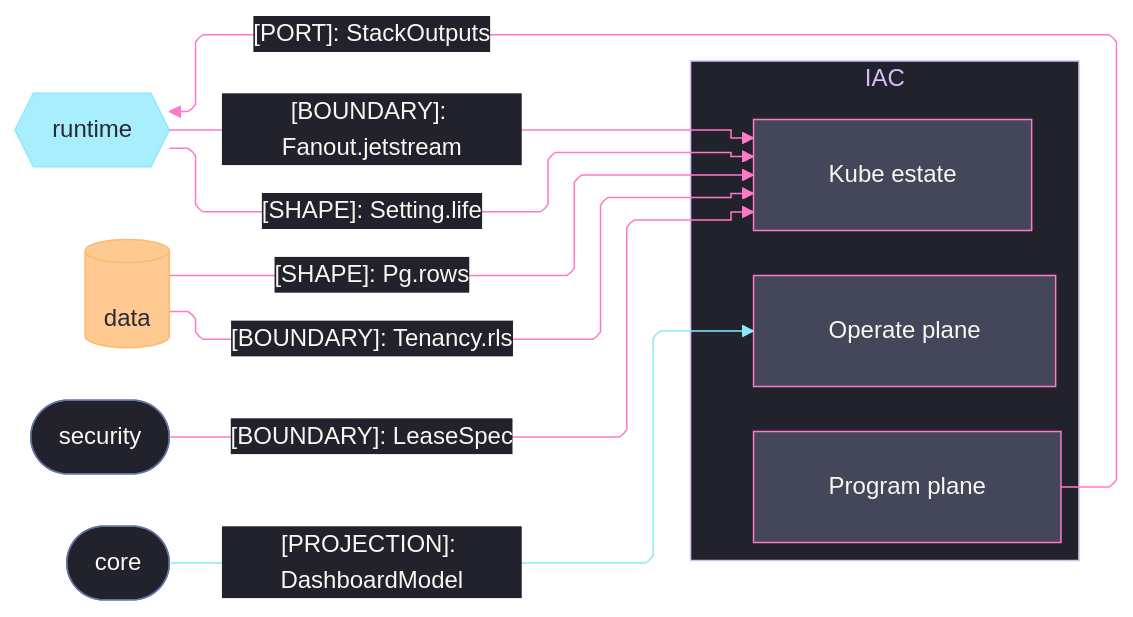
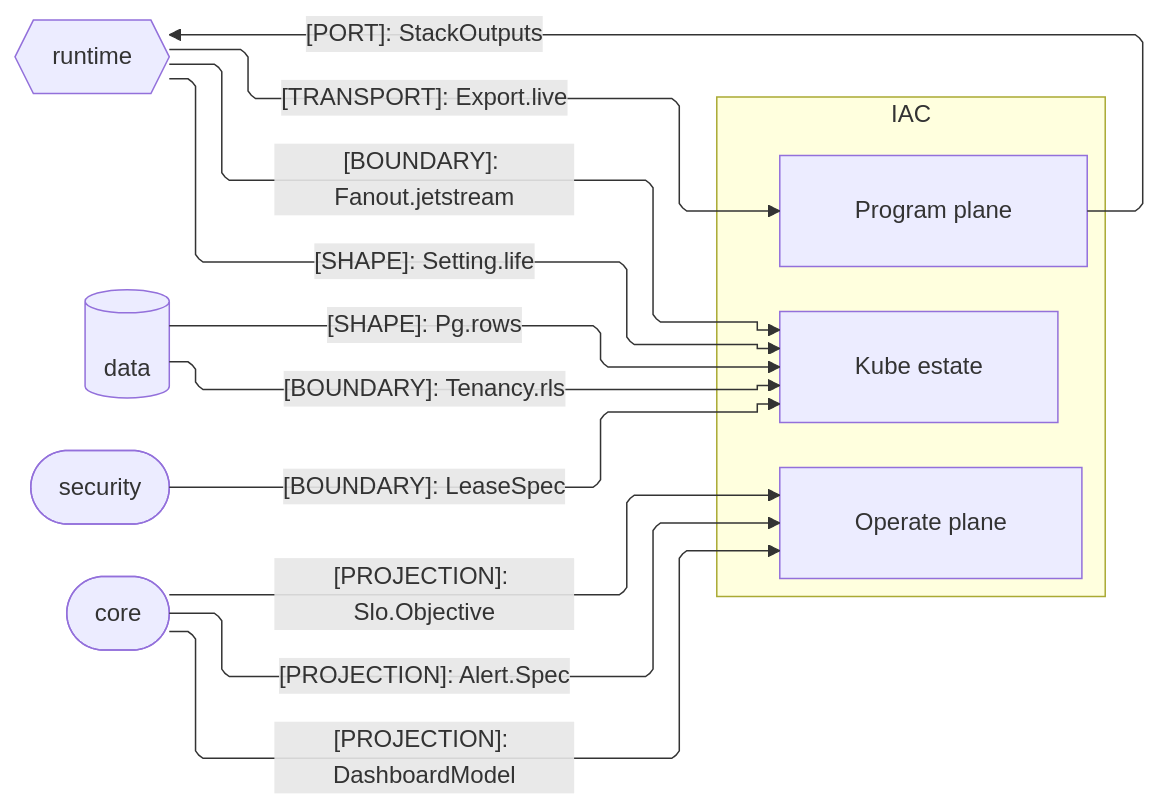
One commit to bsamiee/Rasm changed the second of 2 diagrams in libs/typescript/iac/ARCHITECTURE.md. Above: the diagram before and after it, drawn with Mermaid. The commit also changed other lines of this file and 460 other files, not shown here.

````diff
--- a/libs/typescript/iac/ARCHITECTURE.md
+++ b/libs/typescript/iac/ARCHITECTURE.md
@@ -103,59 +76,31 @@
 ```mermaid
 ---
 config:
-  theme: base
-  look: classic
   layout: elk
   flowchart:
     curve: linear
     padding: 25
-  themeVariables:
-    darkMode: true
-    fontFamily: "SF Mono, Menlo, Cascadia Mono, Segoe UI Mono, Consolas, monospace"
-    useGradient: false
-    dropShadow: "none"
-    background: "#282A36"
-    primaryColor: "#44475A"
-    primaryTextColor: "#F8F8F2"
-    primaryBorderColor: "#BD93F9"
-    lineColor: "#FF79C6"
-    textColor: "#F8F8F2"
-    clusterBkg: "#21222C"
-    clusterBorder: "#D6BCFA"
-    edgeLabelBackground: "#21222C"
-    labelBackgroundColor: "#21222C"
-    titleColor: "#D6BCFA"
-  themeCSS: ".nodeLabel{font-size:13px;font-weight:500}.edgeLabel{font-size:12px;font-weight:500}.cluster-label .nodeLabel{font-size:13.5px;font-weight:700;letter-spacing:.08em}.edge-thickness-normal{stroke-width:2px}.edge-thickness-thick{stroke-width:3px}.edge-pattern-dashed,.edge-pattern-dotted{stroke-width:1.5px;stroke-dasharray:4 6}.node rect,.node circle,.node polygon,.node path,.node .outer-path{stroke-width:1.5px;filter:none!important}.cluster rect{stroke-width:1px!important;stroke-dasharray:5 4!important;filter:none!important}.marker path{transform:scale(.8);transform-origin:5px 5px}.marker circle{transform:scale(.48);transform-origin:5px 5px}.edgeLabel rect{transform-box:fill-box;transform-origin:center;transform:scale(1.1,1.2)}"
 ---
 flowchart LR
     accTitle: IaC package seam registry
-    accDescr: IaC plane owners exchanging stack outputs, data-plane shapes, lifecycle posture, leased secrets, and observability projections with the runtime, data, security, and core packages, edge rails colored by kind and nodes classed by seam direction.
+    accDescr: IaC plane owners exchanging stack outputs, data-plane shapes, lifecycle posture, leased secrets, and observability projections with the runtime, data, security, and core packages, one labeled edge per contract family.
     subgraph iac[IAC]
         Program[Program plane]
         Operate[Operate plane]
         Kube[Kube estate]
     end
     Runtime{{runtime}}
     Data[(data)]
     Security([security])
     Core([core])
     Program e1@-->|"[PORT]: StackOutputs"| Runtime
     Data e2@-->|"[SHAPE]: Pg.rows"| Kube
     Data e3@-->|"[BOUNDARY]: Tenancy.rls"| Kube
     Runtime e4@-->|"[BOUNDARY]: Fanout.jetstream"| Kube
     Runtime e5@-->|"[SHAPE]: Setting.life"| Kube
     Security e6@-->|"[BOUNDARY]: LeaseSpec"| Kube
     Core e7@-->|"[PROJECTION]: DashboardModel"| Operate
-    classDef primary fill:#44475A,stroke:#FF79C6,color:#F8F8F2
-    classDef external fill:#8BE9FDBF,stroke:#8BE9FD,color:#282A36
-    classDef data fill:#FFB86CBF,stroke:#FFB86C,color:#282A36
-    classDef recessed fill:#21222C,stroke:#6272A4,color:#F8F8F2
-    classDef edgeExternal stroke:#8BE9FD,color:#F8F8F2
-    classDef edgeControl stroke:#FF79C6,color:#F8F8F2
-    class Program,Operate,Kube primary
-    class Runtime external
-    class Data data
-    class Security,Core recessed
-    class e1,e2,e3,e4,e5,e6 edgeControl
-    class e7 edgeExternal
+    Core e8@-->|"[PROJECTION]: Alert.Spec"| Operate
+    Core e9@-->|"[PROJECTION]: Slo.Objective"| Operate
+    Runtime e10@-->|"[TRANSPORT]: Export.live"| Program
 ```
````
